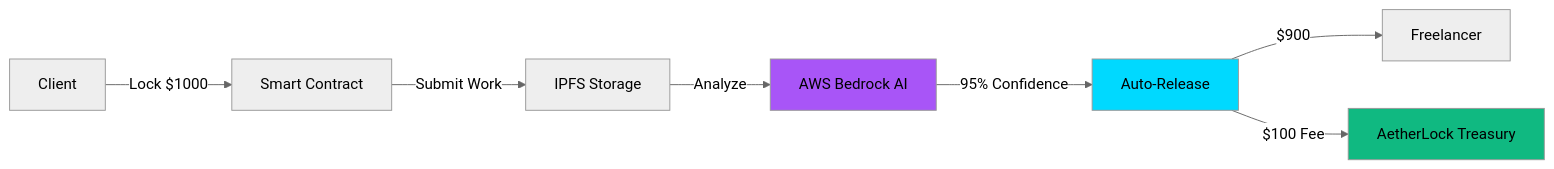
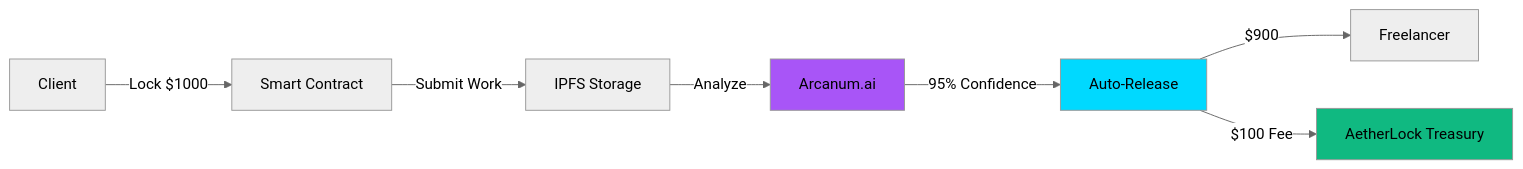
The diagram in index.mdx (De-real-iManuel/aetherlock-docs), drawn with Mermaid (neutral theme) before and after one commit. The commit also changed other lines of this file and 92 other files, not shown here.

````diff
--- a/index.mdx
+++ b/index.mdx
@@ -227,13 +227,13 @@
 ```mermaid
 graph LR
     A[Client] -->|Lock $1000| B[Smart Contract]
     B -->|Submit Work| C[IPFS Storage]
-    C -->|Analyze| D[AWS Bedrock AI]
+    C -->|Analyze| D[Arcanum.ai]
     D -->|95% Confidence| E[Auto-Release]
     E -->|$900| F[Freelancer]
     E -->|$100 Fee| G[AetherLock Treasury]
     
     style D fill:#A855F7
     style E fill:#00D9FF
     style G fill:#10b981
 ```
````
